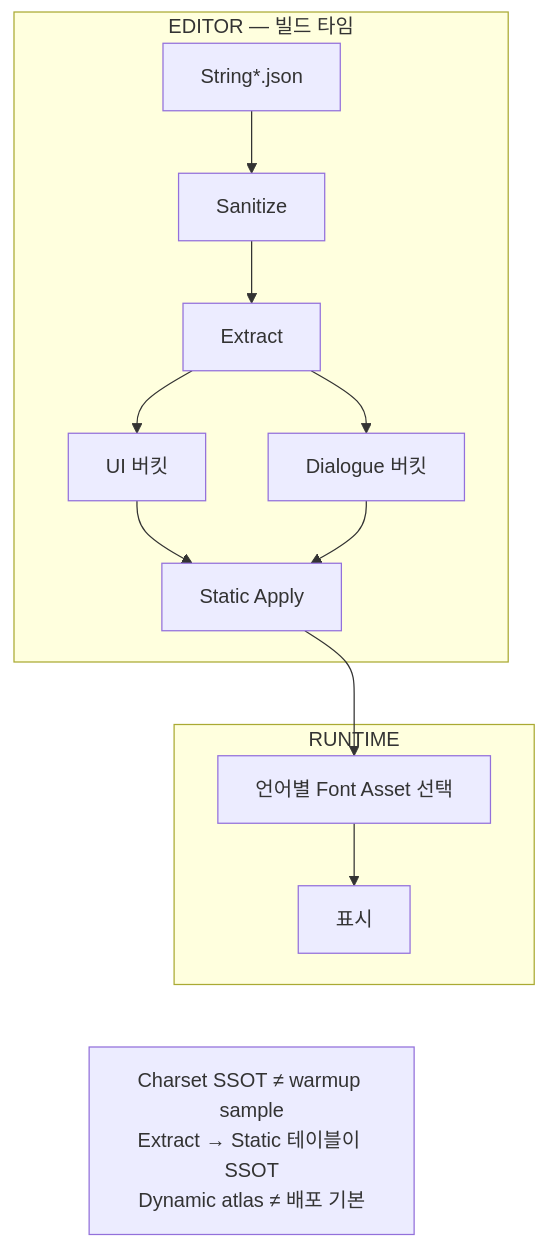
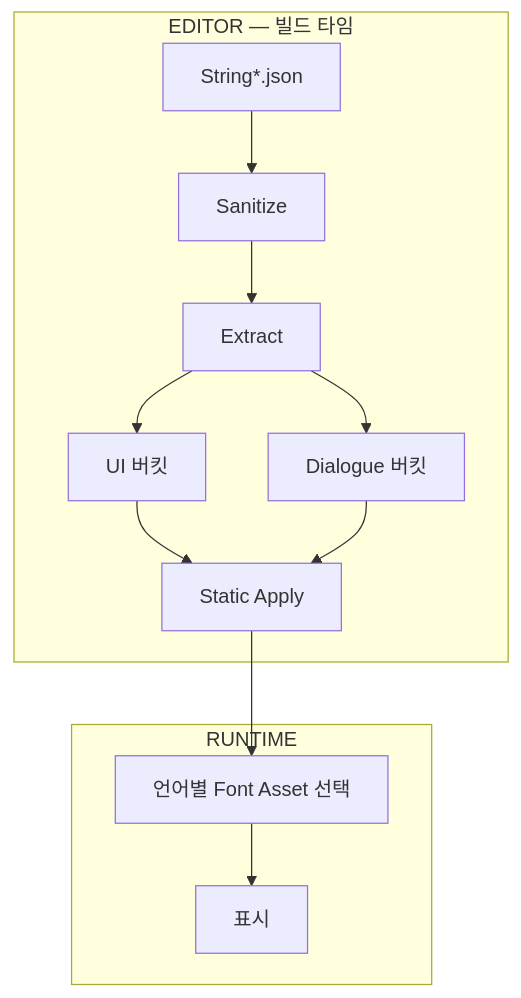
One commit to monet5379/monet5379.github.io changed the diagram in notes/tmp-static-font-atlas.md. Above: the diagram before and after it, drawn with Mermaid. The commit also changed other lines of this file and 24 other files, not shown here.

Commit message:
콘텐츠(notes): project 목록 FM과 복수 증명·Mermaid·회고 슬롯을 맞춥니다.

````diff
--- a/notes/tmp-static-font-atlas.md
+++ b/notes/tmp-static-font-atlas.md
@@ -56,21 +59,17 @@
 ```mermaid
 flowchart TD
   subgraph EDITOR["EDITOR — 빌드 타임"]
     A["String*.json"] --> B["Sanitize"]
     B --> C["Extract"]
     C --> D["UI 버킷"]
     C --> E["Dialogue 버킷"]
     D --> F["Static Apply"]
     E --> F
   end
 
   subgraph RUNTIME["RUNTIME"]
     G["언어별 Font Asset 선택"] --> H["표시"]
   end
 
   F --> G
-
-  NOTE["Charset SSOT ≠ warmup sample<br/>Extract → Static 테이블이 SSOT<br/>Dynamic atlas ≠ 배포 기본"]
-  F ~~~ NOTE
-  H ~~~ NOTE
 ```
````
